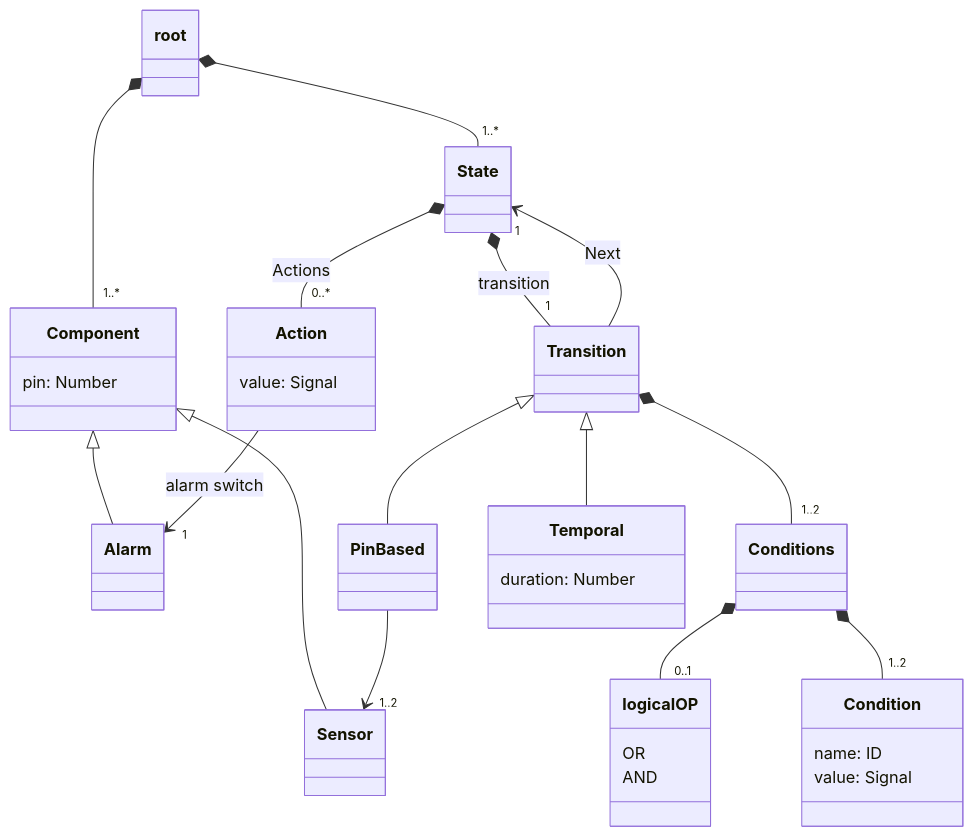
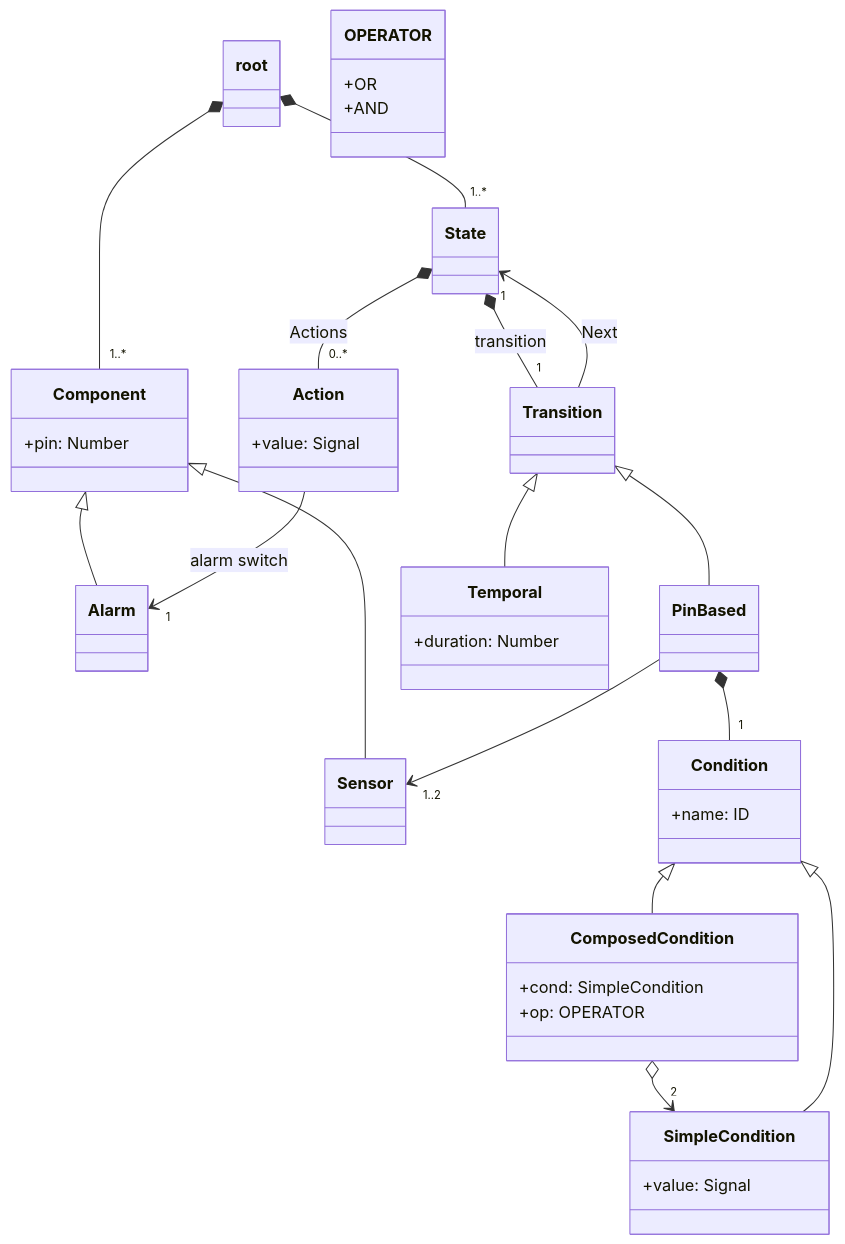
Before and after one commit to Cloud84-blip/arduino-dsl: the diagram in Externals/antlr/ArduinoML.mermaid, drawn with Mermaid. The commit also changed 37 other files, not shown here.

Commit message:
update domain model diagram

```diff
--- a/Externals/antlr/ArduinoML.mermaid
+++ b/Externals/antlr/ArduinoML.mermaid
@@ -1,51 +1,60 @@
 classDiagram
     class root
     root *-- "1..*" Component
 
     class State
     root *-- "1..*" State
 
     class Component {
-        pin: Number
+        +pin: Number
     }
     Component <|-- Sensor
     Component <|-- Alarm
 
 
     class Transition
     State *-- "1" Transition: transition
     class Action {
-        value: Signal
+        +value: Signal
     }
     State *-- "0..*" Action: Actions
     Action --> "1" Alarm: alarm switch
     
     
     Transition --> "1" State : Next
 
     Transition <|-- PinBased
 
-    class Conditions {
+    class Condition {
+        +name: ID
     }
 
-    class Condition {
-        name: ID
-        value: Signal
+    class SimpleCondition {
+        
+        +value: Signal
     }
 
-    class logicalOP {
-        OR
-        AND
+    class ComposedCondition {
+        +cond: SimpleCondition
+        +op: OPERATOR
     }
 
-    Conditions *-- "0..1" logicalOP
-    Conditions *-- "1..2" Condition
 
-    Transition *-- "1..2" Conditions
+    class  OPERATOR {
+        +OR
+        +AND
+    }
+
+    ComposedCondition o--> "2" SimpleCondition 
+
+    Condition <|--  ComposedCondition
+    Condition <|--  SimpleCondition
+
+    PinBased *-- "1" Condition
 
     class Temporal {
-       duration: Number 
+       +duration: Number 
     }
     Transition <|-- Temporal
 
     PinBased --> "1..2" Sensor
```
